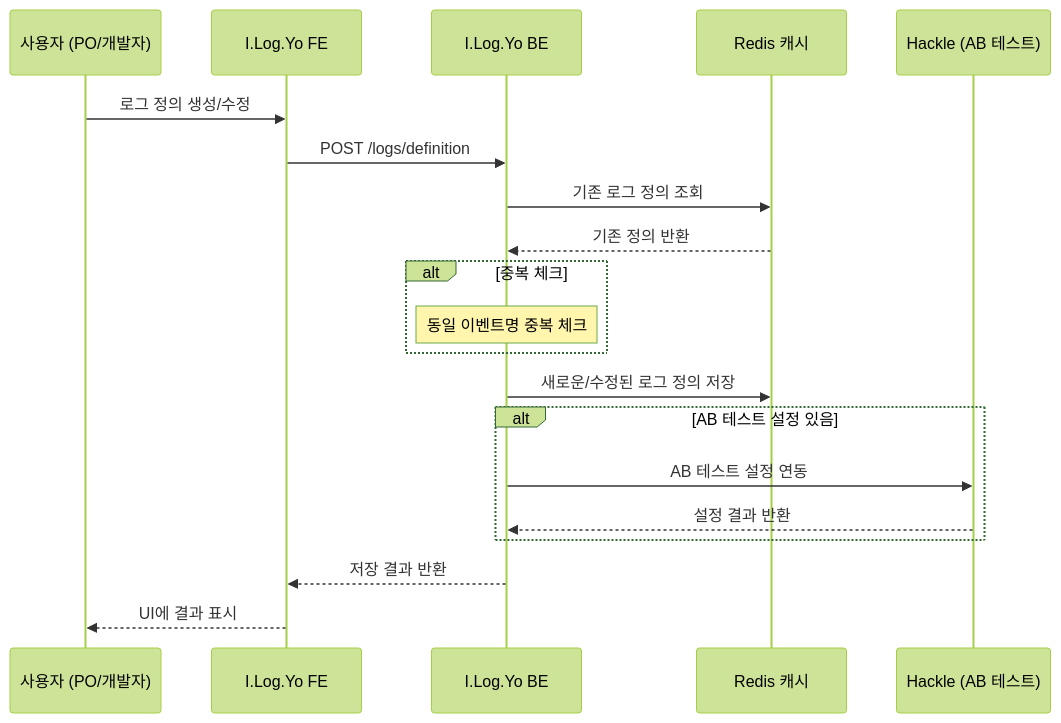
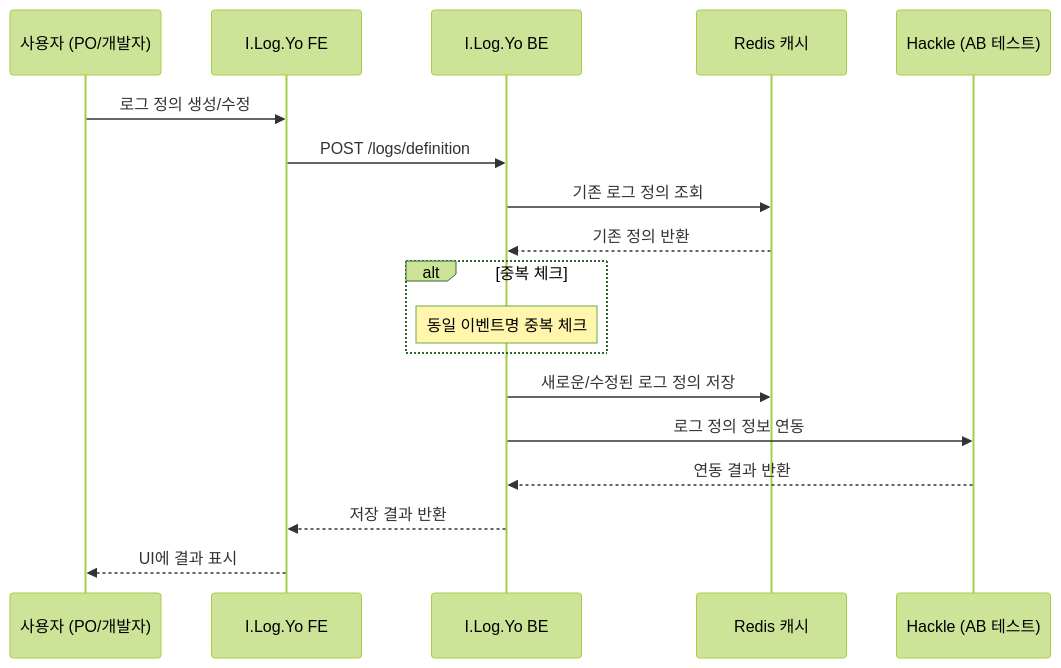
One commit to sch0718/ai-dev-log changed the fourth of 6 diagrams in 99. 활용/I.Log.Yo_ARCHITECTURE.md. Above: the diagram before and after it, drawn with Mermaid (forest theme). The commit also changed other lines of this file and 1 other file, not shown here.

````diff
--- a/99. 활용/I.Log.Yo_ARCHITECTURE.md
+++ b/99. 활용/I.Log.Yo_ARCHITECTURE.md
@@ -305,28 +347,26 @@
 ```mermaid
 sequenceDiagram
     participant User as 사용자 (PO/개발자)
     participant FE as I.Log.Yo FE
     participant BE as I.Log.Yo BE
     participant Redis as Redis 캐시
     participant Hackle as Hackle (AB 테스트)
     
     User->>FE: 로그 정의 생성/수정
     FE->>BE: POST /logs/definition
     
     BE->>Redis: 기존 로그 정의 조회
     Redis-->>BE: 기존 정의 반환
     
     alt 중복 체크
         Note over BE: 동일 이벤트명 중복 체크
     end
     
     BE->>Redis: 새로운/수정된 로그 정의 저장
     
-    alt AB 테스트 설정 있음
-        BE->>Hackle: AB 테스트 설정 연동
-        Hackle-->>BE: 설정 결과 반환
-    end
+    BE->>Hackle: 로그 정의 정보 연동
+    Hackle-->>BE: 연동 결과 반환
     
     BE-->>FE: 저장 결과 반환
     FE-->>User: UI에 결과 표시
 ```
````
